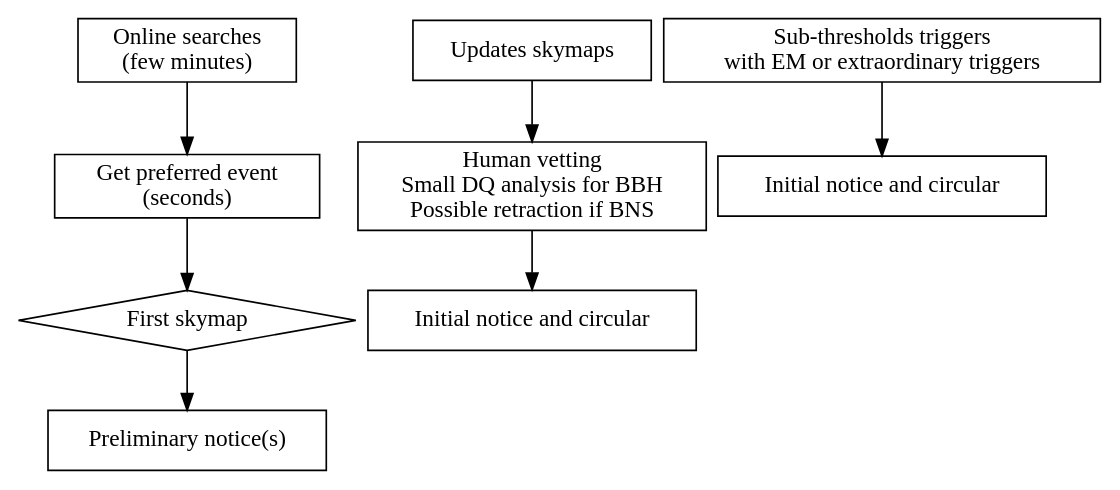
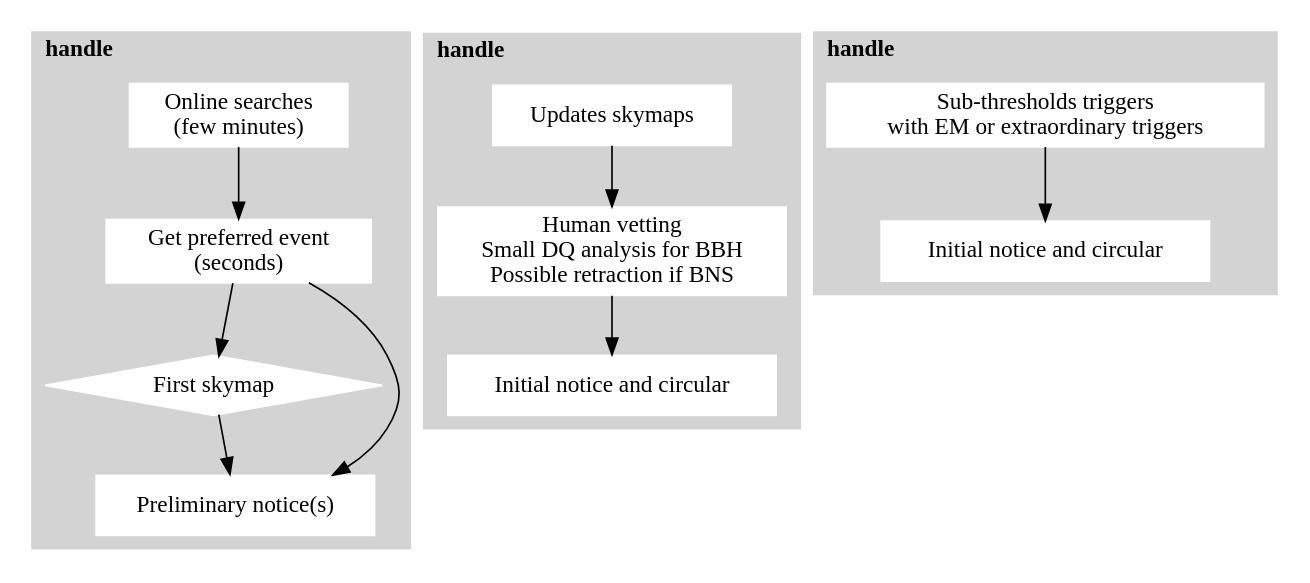
Before and after one commit to lpsinger/userguide: the diagram in procedures/index.rst, drawn with Graphviz.

Commit message:
Improve digraph with clusters

```diff
--- a/procedures/index.rst
+++ b/procedures/index.rst
@@ -80,8 +80,10 @@
         target = "_top"
     ]
 
-    subgraph minutes {
-        label = <<B><FONT face="Within minutes">handle</FONT></B>>
+    subgraph cluster_minutes {
+        style = filled;
+        color = lightgrey;
+        node [style=filled,color=white];
 
         online_searches [
             label = "Online searches\n(few minutes)"
@@ -102,11 +104,15 @@
 
         online_searches -> preferred_event;
         preferred_event -> first_skymap;
+        preferred_event -> preliminary_notice;
         first_skymap -> preliminary_notice;
+        label = <<B><FONT face="Within minutes">handle</FONT></B>>
     }
 
-    subgraph hours {
-        label = <<B><FONT face="Within four hours">handle</FONT></B>>
+    subgraph cluster_hours {
+        style = filled;
+        color = lightgrey;
+        node [style=filled,color=white];
 
         updates_skymaps [
             label = "Updates skymaps"
@@ -122,10 +128,13 @@
 
         updates_skymaps -> human_vetting;
         human_vetting -> initial_1;
+        label = <<B><FONT face="Within four hours">handle</FONT></B>>
     }
 
-    subgraph day {
-        label = <<B><FONT face="Within one day">handle</FONT></B>>
+    subgraph cluster_day {
+        style = filled;
+        color = lightgrey;
+        node [style=filled,color=white];
 
         sub_thres [
             label = "Sub-thresholds triggers\nwith EM or extraordinary triggers"
@@ -136,4 +145,5 @@
         ]
 
         sub_thres -> initial_2;
+        label = <<B><FONT face="Within one day">handle</FONT></B>>
     }
```
